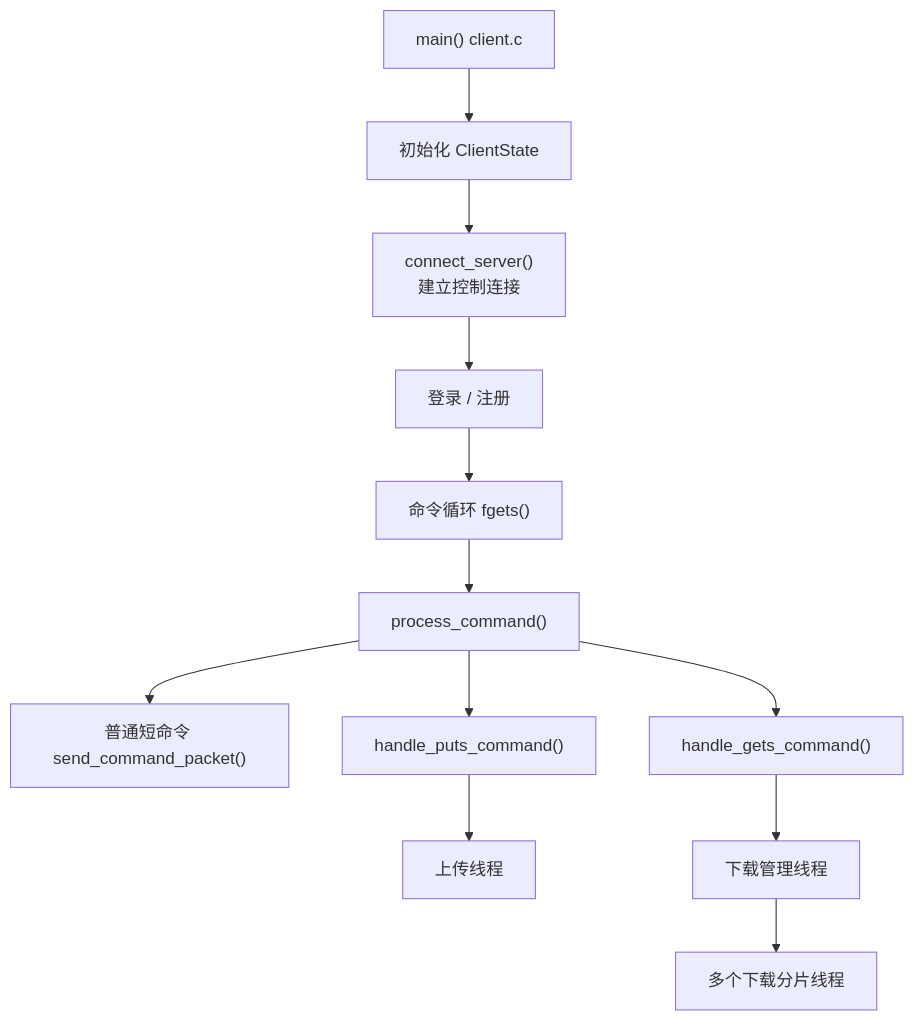
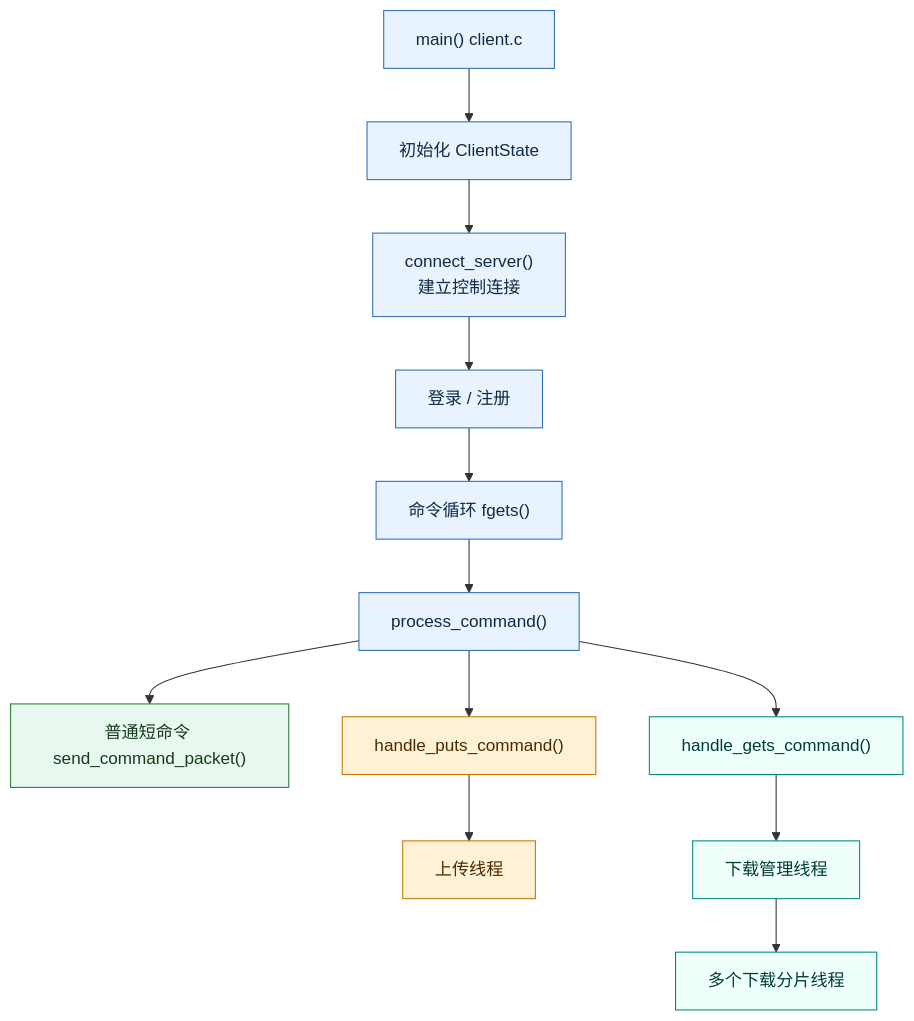
One commit to panlong-studio/WindCloud_V4 changed the ninth of 10 diagrams in docs/V5整体项目架构详解.md. Above: the diagram before and after it, drawn with Mermaid. The commit also changed other lines of this file and 5 other files, not shown here.

````diff
--- a/docs/V5整体项目架构详解.md
+++ b/docs/V5整体项目架构详解.md
@@ -1214,20 +1259,30 @@
 ```mermaid
 flowchart TD
     A["main() client.c"]
     B["初始化 ClientState"]
     C["connect_server()<br>建立控制连接"]
     D["登录 / 注册"]
     E["命令循环 fgets()"]
     F["process_command()"]
     G["普通短命令 send_command_packet()"]
     H["handle_puts_command()"]
     I["handle_gets_command()"]
     J["上传线程"]
     K["下载管理线程"]
     L["多个下载分片线程"]
 
     A --> B --> C --> D --> E --> F
     F --> G
     F --> H --> J
     F --> I --> K --> L
+
+    classDef boot fill:#E8F3FF,stroke:#2F6FB6,color:#102A43
+    classDef ctrl fill:#E9F8EF,stroke:#2E7D32,color:#173B1A
+    classDef upload fill:#FFF1D6,stroke:#C77700,color:#4A2B00
+    classDef download fill:#EFFFFA,stroke:#00897B,color:#003D35
+
+    class A,B,C,D,E,F boot
+    class G ctrl
+    class H,J upload
+    class I,K,L download
 ```
````
